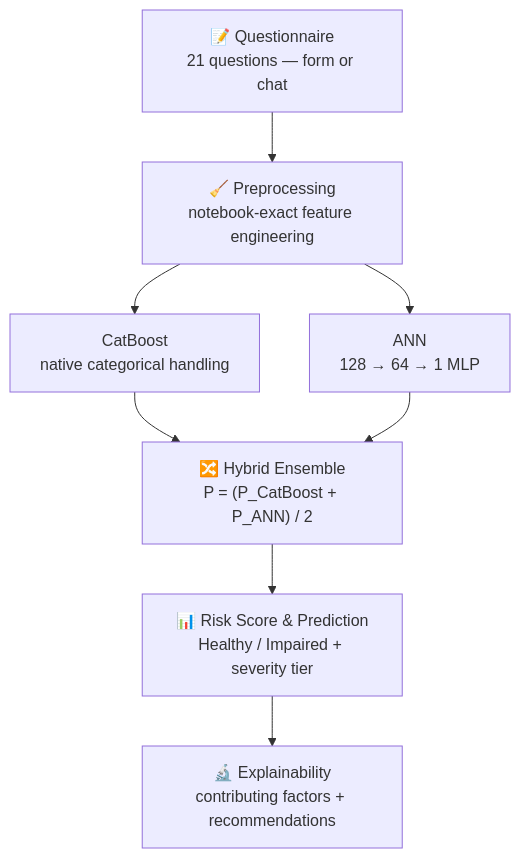
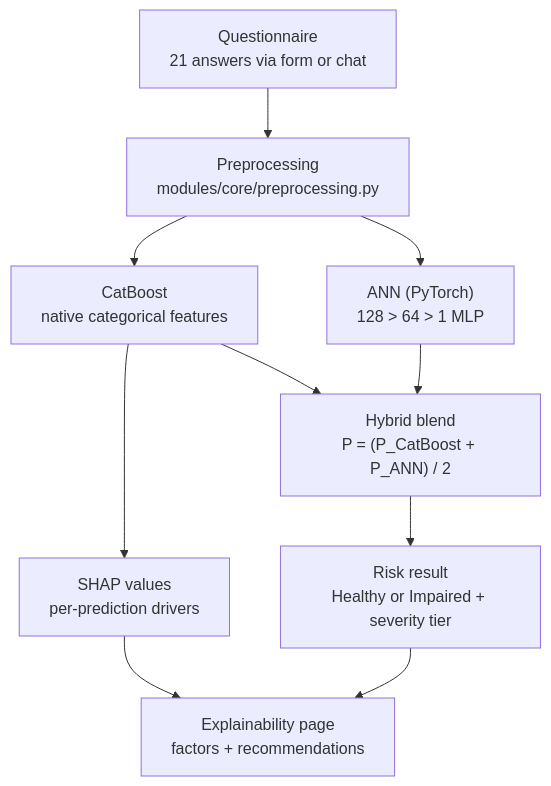
Before and after one commit to Saji-d/neuro-screen: the diagram in README.md, drawn with Mermaid. The commit also changed other lines of this file and 3 other files, not shown here.

Commit message:
Redesign README with banner, results and architecture

````diff
--- a/README.md
+++ b/README.md
@@ -50,10 +81,12 @@
 ```mermaid
 flowchart TD
-    A["📝 Questionnaire<br/>21 questions — form or chat"] --> B["🧹 Preprocessing<br/>notebook-exact feature engineering"]
-    B --> C["CatBoost<br/>native categorical handling"]
-    B --> D["ANN<br/>128 → 64 → 1 MLP"]
-    C --> E["🔀 Hybrid Ensemble<br/>P = (P_CatBoost + P_ANN) / 2"]
+    A["Questionnaire<br/>21 answers via form or chat"] --> B["Preprocessing<br/>modules/core/preprocessing.py"]
+    B --> C["CatBoost<br/>native categorical features"]
+    B --> D["ANN (PyTorch)<br/>128 > 64 > 1 MLP"]
+    C --> E["Hybrid blend<br/>P = (P_CatBoost + P_ANN) / 2"]
     D --> E
-    E --> F["📊 Risk Score & Prediction<br/>Healthy / Impaired + severity tier"]
-    F --> G["🔬 Explainability<br/>contributing factors + recommendations"]
+    E --> F["Risk result<br/>Healthy or Impaired + severity tier"]
+    C --> G["SHAP values<br/>per-prediction drivers"]
+    G --> H["Explainability page<br/>factors + recommendations"]
+    F --> H
 ```
````
